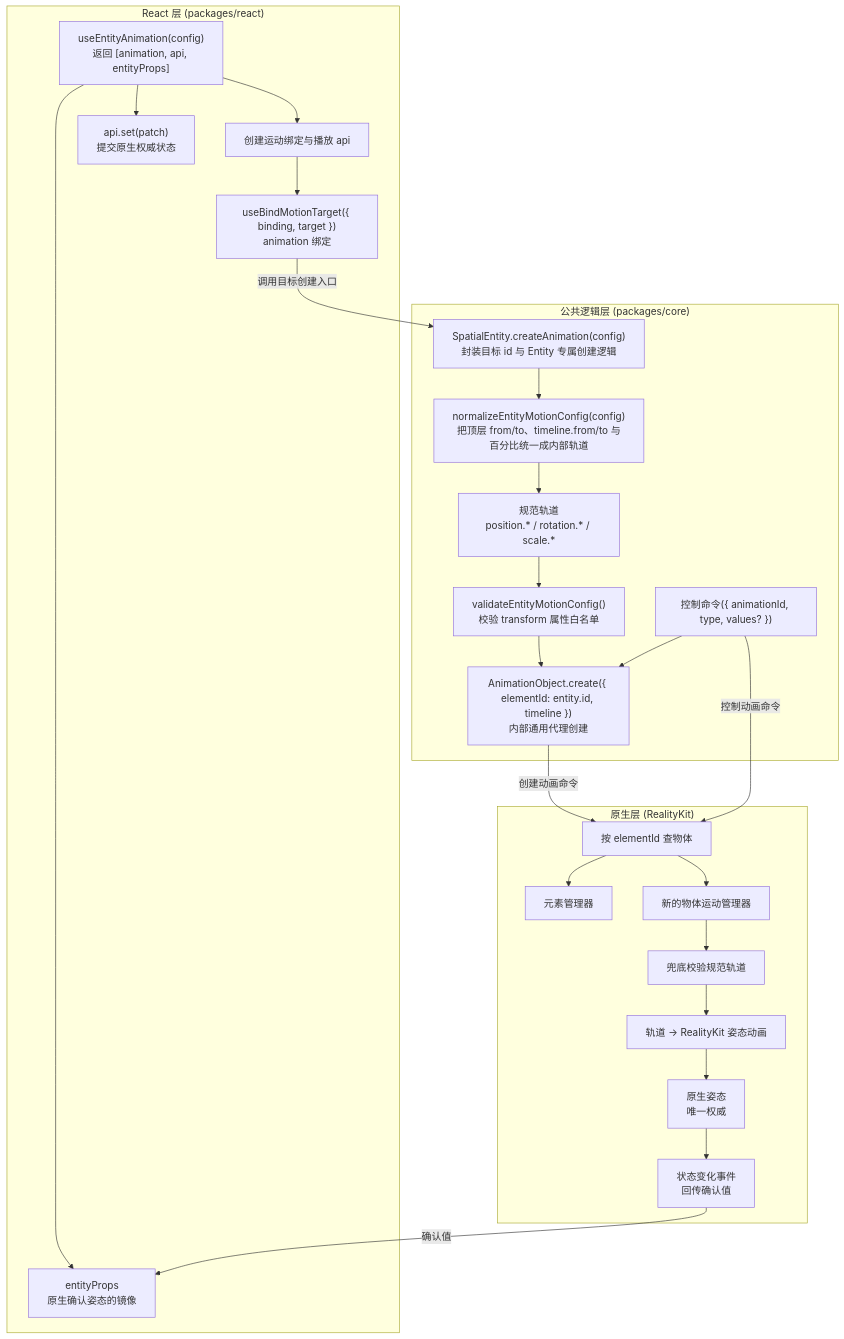
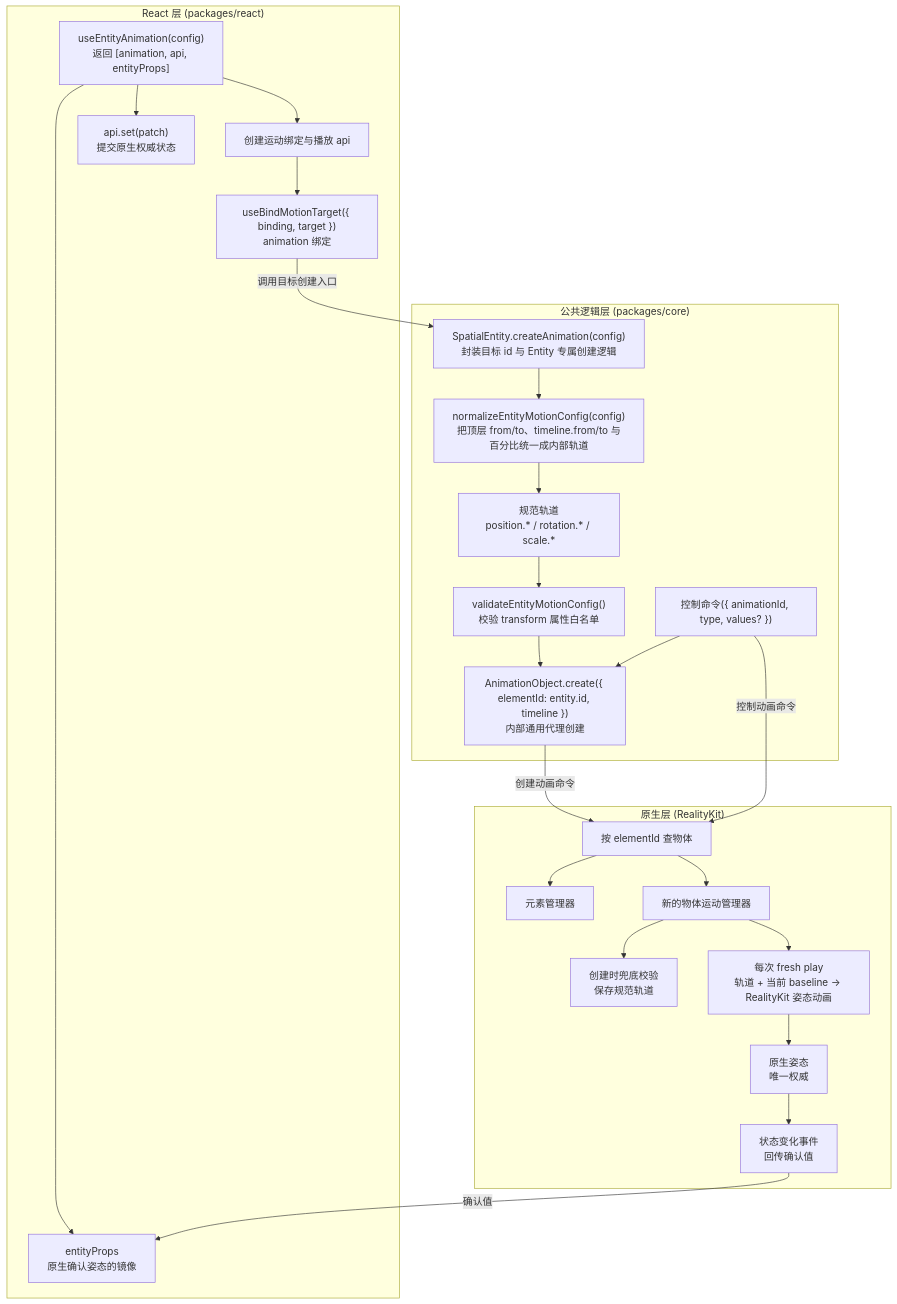
The first of 14 diagrams in openspec/changes/redesign-entity-motion-api/design.zh.md (webspatial/webspatial-sdk), drawn with Mermaid before and after one commit. The commit also changed other lines of this file and 7 other files, not shown here.

````diff
--- a/openspec/changes/redesign-entity-motion-api/design.zh.md
+++ b/openspec/changes/redesign-entity-motion-api/design.zh.md
@@ -113,52 +114,52 @@
 ```mermaid
 flowchart TB
     subgraph React["React 层 (packages/react)"]
         UseEntity["useEntityAnimation(config)<br/>返回 [animation, api, entityProps]"]
         ReactBinding["创建运动绑定与播放 api"]
         EntityProps["entityProps<br/>原生确认姿态的镜像"]
         ApiSet["api.set(patch)<br/>提交原生权威状态"]
         BindTarget["useBindMotionTarget({ binding, target })<br/>animation 绑定"]
 
         UseEntity --> ReactBinding
         UseEntity --> EntityProps
         UseEntity --> ApiSet
         ReactBinding --> BindTarget
     end
 
     subgraph Core["公共逻辑层 (packages/core)"]
         EntityCreate["SpatialEntity.createAnimation(config)<br/>封装目标 id 与 Entity 专属创建逻辑"]
         Normalize["normalizeEntityMotionConfig(config)<br/>把顶层 from/to、timeline.from/to 与百分比统一成内部轨道"]
         Tracks["规范轨道<br/>position.* / rotation.* / scale.*"]
         Validate["validateEntityMotionConfig()<br/>校验 transform 属性白名单"]
         CreateObject["AnimationObject.create({ elementId: entity.id, timeline })<br/>内部通用代理创建"]
         ControlObject["控制命令({ animationId, type, values? })"]
 
         EntityCreate --> Normalize
         Normalize --> Tracks
         Tracks --> Validate
         Validate --> CreateObject
         ControlObject --> CreateObject
     end
 
     subgraph Native["原生层 (RealityKit)"]
         Resolve["按 elementId 查物体"]
         ElementAdapter["元素管理器"]
         EntityManager["新的物体运动管理器"]
-        NativeValidate["兜底校验规范轨道"]
-        Compile["轨道 -> RealityKit 姿态动画"]
+        NativeValidate["创建时兜底校验<br/>保存规范轨道"]
+        Compile["每次 fresh play<br/>轨道 + 当前 baseline -> RealityKit 姿态动画"]
         Authority["原生姿态<br/>唯一权威"]
         Event["状态变化事件<br/>回传确认值"]
 
         Resolve --> ElementAdapter
         Resolve --> EntityManager
         EntityManager --> NativeValidate
-        NativeValidate --> Compile
+        EntityManager --> Compile
         Compile --> Authority
         Authority --> Event
     end
 
     BindTarget -->|"调用目标创建入口"| EntityCreate
     CreateObject -->|"创建动画命令"| Resolve
     ControlObject -->|"控制动画命令"| Resolve
     Event -->|"确认值"| EntityProps
 ```
````
